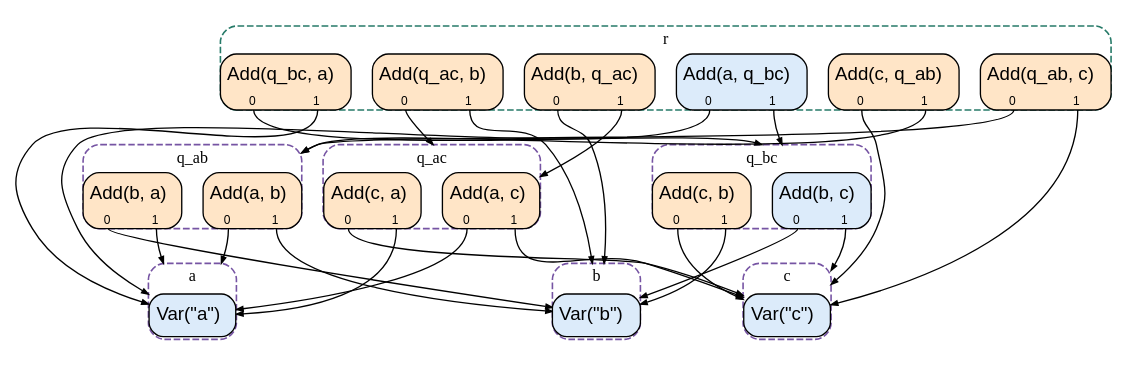
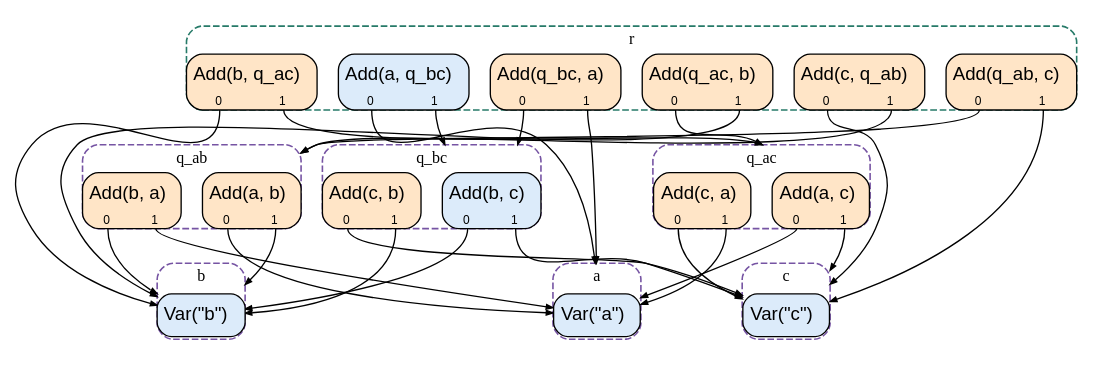
Before and after one commit to MilkBlock/fractal_egraph: the diagram in docs/papers/figures/native/saturated.dot, drawn with Graphviz. The commit also changed other lines of this file and 16 other files, not shown here.

```diff
--- a/docs/papers/figures/native/saturated.dot
+++ b/docs/papers/figures/native/saturated.dot
@@ -1,117 +1,117 @@
 digraph  {
   compound=true
   rank=same
   fontname="Times-Roman"
   fontsize=12
   margin=0.10
   nodesep=0.22
   ranksep=0.65
   bgcolor="white"
   edge[arrowsize=0.5]
   node[shape=none,margin=0,fontname=helvetica]
   outputorder=edgesfirst
   graph[style="dashed,rounded",fontname="Times-Roman"]
-  subgraph "outer_cluster_Math-0" {
-    subgraph "cluster_Math-0" {
-      label="a"; color="#7654A3"; fillcolor="white"; penwidth=1.2;
-      subgraph  {
-        "function-0-Var"[label=<<TABLE BGCOLOR="#DCEBFA" CELLBORDER="0" CELLSPACING="0" CELLPADDING="0" style="rounded"><tr><td BALIGN="left" CELLPADDING="4" WIDTH="30" HEIGHT="30" colspan="1">Var(&quot;a&quot;)</td></tr></TABLE>>,tooltip="Math-0: function-0-Var"]
-      }
-    }
-    style="invis"
-    cluster=true
-  }
-  subgraph "outer_cluster_Math-1" {
-    subgraph "cluster_Math-1" {
-      label="b"; color="#7654A3"; fillcolor="white"; penwidth=1.2;
-      subgraph  {
-        "function-1-Var"[label=<<TABLE BGCOLOR="#DCEBFA" CELLBORDER="0" CELLSPACING="0" CELLPADDING="0" style="rounded"><tr><td BALIGN="left" CELLPADDING="4" WIDTH="30" HEIGHT="30" colspan="1">Var(&quot;b&quot;)</td></tr></TABLE>>,tooltip="Math-1: function-1-Var"]
-      }
-    }
-    style="invis"
-    cluster=true
-  }
-  subgraph "outer_cluster_Math-2" {
-    subgraph "cluster_Math-2" {
-      label="c"; color="#7654A3"; fillcolor="white"; penwidth=1.2;
-      subgraph  {
-        "function-2-Var"[label=<<TABLE BGCOLOR="#DCEBFA" CELLBORDER="0" CELLSPACING="0" CELLPADDING="0" style="rounded"><tr><td BALIGN="left" CELLPADDING="4" WIDTH="30" HEIGHT="30" colspan="1">Var(&quot;c&quot;)</td></tr></TABLE>>,tooltip="Math-2: function-2-Var"]
-      }
-    }
-    style="invis"
-    cluster=true
-  }
-  "function-2-Add":0:s -> "function-0-Var" [lhead="cluster_Math-0"]
-  "function-2-Add":1:s -> "function-1-Var" [lhead="cluster_Math-1"]
-  "function-6-Add":0:s -> "function-1-Var" [lhead="cluster_Math-1"]
-  "function-6-Add":1:s -> "function-0-Var" [lhead="cluster_Math-0"]
-  subgraph "outer_cluster_Math-5" {
-    subgraph "cluster_Math-5" {
-      label="q_ab"; color="#7654A3"; fillcolor="white"; penwidth=1.2;
-      subgraph  {
-        "function-2-Add"[label=<<TABLE BGCOLOR="#FFE5C7" CELLBORDER="0" CELLSPACING="0" CELLPADDING="0" style="rounded"><tr><td BALIGN="left" CELLPADDING="4" WIDTH="30" HEIGHT="30" colspan="2">Add(a, b)</td></tr><TR><TD PORT="0"><FONT POINT-SIZE="9">0</FONT></TD><TD PORT="1"><FONT POINT-SIZE="9">1</FONT></TD></TR></TABLE>>,tooltip="Math-5: function-2-Add"]
-        "function-6-Add"[label=<<TABLE BGCOLOR="#FFE5C7" CELLBORDER="0" CELLSPACING="0" CELLPADDING="0" style="rounded"><tr><td BALIGN="left" CELLPADDING="4" WIDTH="30" HEIGHT="30" colspan="2">Add(b, a)</td></tr><TR><TD PORT="0"><FONT POINT-SIZE="9">0</FONT></TD><TD PORT="1"><FONT POINT-SIZE="9">1</FONT></TD></TR></TABLE>>,tooltip="Math-5: function-6-Add"]
-      }
-    }
-    style="invis"
-    cluster=true
-  }
-  "function-8-Add":0:s -> "function-0-Var" [lhead="cluster_Math-0"]
-  "function-8-Add":1:s -> "function-2-Var" [lhead="cluster_Math-2"]
-  "function-10-Add":0:s -> "function-2-Var" [lhead="cluster_Math-2"]
-  "function-10-Add":1:s -> "function-0-Var" [lhead="cluster_Math-0"]
-  subgraph "outer_cluster_Math-6" {
-    subgraph "cluster_Math-6" {
-      label="q_ac"; color="#7654A3"; fillcolor="white"; penwidth=1.2;
-      subgraph  {
-        "function-8-Add"[label=<<TABLE BGCOLOR="#FFE5C7" CELLBORDER="0" CELLSPACING="0" CELLPADDING="0" style="rounded"><tr><td BALIGN="left" CELLPADDING="4" WIDTH="30" HEIGHT="30" colspan="2">Add(a, c)</td></tr><TR><TD PORT="0"><FONT POINT-SIZE="9">0</FONT></TD><TD PORT="1"><FONT POINT-SIZE="9">1</FONT></TD></TR></TABLE>>,tooltip="Math-6: function-8-Add"]
-        "function-10-Add"[label=<<TABLE BGCOLOR="#FFE5C7" CELLBORDER="0" CELLSPACING="0" CELLPADDING="0" style="rounded"><tr><td BALIGN="left" CELLPADDING="4" WIDTH="30" HEIGHT="30" colspan="2">Add(c, a)</td></tr><TR><TD PORT="0"><FONT POINT-SIZE="9">0</FONT></TD><TD PORT="1"><FONT POINT-SIZE="9">1</FONT></TD></TR></TABLE>>,tooltip="Math-6: function-10-Add"]
-      }
-    }
-    style="invis"
-    cluster=true
-  }
   "function-0-Add":0:s -> "function-1-Var" [lhead="cluster_Math-1"]
   "function-0-Add":1:s -> "function-2-Var" [lhead="cluster_Math-2"]
   "function-4-Add":0:s -> "function-2-Var" [lhead="cluster_Math-2"]
   "function-4-Add":1:s -> "function-1-Var" [lhead="cluster_Math-1"]
   subgraph "outer_cluster_Math-3" {
     subgraph "cluster_Math-3" {
       label="q_bc"; color="#7654A3"; fillcolor="white"; penwidth=1.2;
       subgraph  {
         "function-0-Add"[label=<<TABLE BGCOLOR="#DCEBFA" CELLBORDER="0" CELLSPACING="0" CELLPADDING="0" style="rounded"><tr><td BALIGN="left" CELLPADDING="4" WIDTH="30" HEIGHT="30" colspan="2">Add(b, c)</td></tr><TR><TD PORT="0"><FONT POINT-SIZE="9">0</FONT></TD><TD PORT="1"><FONT POINT-SIZE="9">1</FONT></TD></TR></TABLE>>,tooltip="Math-3: function-0-Add"]
         "function-4-Add"[label=<<TABLE BGCOLOR="#FFE5C7" CELLBORDER="0" CELLSPACING="0" CELLPADDING="0" style="rounded"><tr><td BALIGN="left" CELLPADDING="4" WIDTH="30" HEIGHT="30" colspan="2">Add(c, b)</td></tr><TR><TD PORT="0"><FONT POINT-SIZE="9">0</FONT></TD><TD PORT="1"><FONT POINT-SIZE="9">1</FONT></TD></TR></TABLE>>,tooltip="Math-3: function-4-Add"]
       }
     }
     style="invis"
     cluster=true
   }
   "function-1-Add":0:s -> "function-0-Var" [lhead="cluster_Math-0"]
   "function-1-Add":1:s -> "function-0-Add" [lhead="cluster_Math-3"]
   "function-3-Add":0:s -> "function-2-Add" [lhead="cluster_Math-5"]
   "function-3-Add":1:s -> "function-2-Var" [lhead="cluster_Math-2"]
   "function-5-Add":0:s -> "function-0-Add" [lhead="cluster_Math-3"]
   "function-5-Add":1:s -> "function-0-Var" [lhead="cluster_Math-0"]
   "function-7-Add":0:s -> "function-2-Var" [lhead="cluster_Math-2"]
   "function-7-Add":1:s -> "function-2-Add" [lhead="cluster_Math-5"]
   "function-9-Add":0:s -> "function-8-Add" [lhead="cluster_Math-6"]
   "function-9-Add":1:s -> "function-1-Var" [lhead="cluster_Math-1"]
   "function-11-Add":0:s -> "function-1-Var" [lhead="cluster_Math-1"]
   "function-11-Add":1:s -> "function-8-Add" [lhead="cluster_Math-6"]
   subgraph "outer_cluster_Math-4" {
     subgraph "cluster_Math-4" {
       label="r"; color="#267A68"; fillcolor="white"; penwidth=1.2;
       subgraph  {
         "function-1-Add"[label=<<TABLE BGCOLOR="#DCEBFA" CELLBORDER="0" CELLSPACING="0" CELLPADDING="0" style="rounded"><tr><td BALIGN="left" CELLPADDING="4" WIDTH="30" HEIGHT="30" colspan="2">Add(a, q_bc)</td></tr><TR><TD PORT="0"><FONT POINT-SIZE="9">0</FONT></TD><TD PORT="1"><FONT POINT-SIZE="9">1</FONT></TD></TR></TABLE>>,tooltip="Math-4: function-1-Add"]
         "function-3-Add"[label=<<TABLE BGCOLOR="#FFE5C7" CELLBORDER="0" CELLSPACING="0" CELLPADDING="0" style="rounded"><tr><td BALIGN="left" CELLPADDING="4" WIDTH="30" HEIGHT="30" colspan="2">Add(q_ab, c)</td></tr><TR><TD PORT="0"><FONT POINT-SIZE="9">0</FONT></TD><TD PORT="1"><FONT POINT-SIZE="9">1</FONT></TD></TR></TABLE>>,tooltip="Math-4: function-3-Add"]
         "function-5-Add"[label=<<TABLE BGCOLOR="#FFE5C7" CELLBORDER="0" CELLSPACING="0" CELLPADDING="0" style="rounded"><tr><td BALIGN="left" CELLPADDING="4" WIDTH="30" HEIGHT="30" colspan="2">Add(q_bc, a)</td></tr><TR><TD PORT="0"><FONT POINT-SIZE="9">0</FONT></TD><TD PORT="1"><FONT POINT-SIZE="9">1</FONT></TD></TR></TABLE>>,tooltip="Math-4: function-5-Add"]
         "function-7-Add"[label=<<TABLE BGCOLOR="#FFE5C7" CELLBORDER="0" CELLSPACING="0" CELLPADDING="0" style="rounded"><tr><td BALIGN="left" CELLPADDING="4" WIDTH="30" HEIGHT="30" colspan="2">Add(c, q_ab)</td></tr><TR><TD PORT="0"><FONT POINT-SIZE="9">0</FONT></TD><TD PORT="1"><FONT POINT-SIZE="9">1</FONT></TD></TR></TABLE>>,tooltip="Math-4: function-7-Add"]
         "function-9-Add"[label=<<TABLE BGCOLOR="#FFE5C7" CELLBORDER="0" CELLSPACING="0" CELLPADDING="0" style="rounded"><tr><td BALIGN="left" CELLPADDING="4" WIDTH="30" HEIGHT="30" colspan="2">Add(q_ac, b)</td></tr><TR><TD PORT="0"><FONT POINT-SIZE="9">0</FONT></TD><TD PORT="1"><FONT POINT-SIZE="9">1</FONT></TD></TR></TABLE>>,tooltip="Math-4: function-9-Add"]
         "function-11-Add"[label=<<TABLE BGCOLOR="#FFE5C7" CELLBORDER="0" CELLSPACING="0" CELLPADDING="0" style="rounded"><tr><td BALIGN="left" CELLPADDING="4" WIDTH="30" HEIGHT="30" colspan="2">Add(b, q_ac)</td></tr><TR><TD PORT="0"><FONT POINT-SIZE="9">0</FONT></TD><TD PORT="1"><FONT POINT-SIZE="9">1</FONT></TD></TR></TABLE>>,tooltip="Math-4: function-11-Add"]
       }
     }
     style="invis"
     cluster=true
   }
+  "function-2-Add":0:s -> "function-0-Var" [lhead="cluster_Math-0"]
+  "function-2-Add":1:s -> "function-1-Var" [lhead="cluster_Math-1"]
+  "function-6-Add":0:s -> "function-1-Var" [lhead="cluster_Math-1"]
+  "function-6-Add":1:s -> "function-0-Var" [lhead="cluster_Math-0"]
+  subgraph "outer_cluster_Math-5" {
+    subgraph "cluster_Math-5" {
+      label="q_ab"; color="#7654A3"; fillcolor="white"; penwidth=1.2;
+      subgraph  {
+        "function-2-Add"[label=<<TABLE BGCOLOR="#FFE5C7" CELLBORDER="0" CELLSPACING="0" CELLPADDING="0" style="rounded"><tr><td BALIGN="left" CELLPADDING="4" WIDTH="30" HEIGHT="30" colspan="2">Add(a, b)</td></tr><TR><TD PORT="0"><FONT POINT-SIZE="9">0</FONT></TD><TD PORT="1"><FONT POINT-SIZE="9">1</FONT></TD></TR></TABLE>>,tooltip="Math-5: function-2-Add"]
+        "function-6-Add"[label=<<TABLE BGCOLOR="#FFE5C7" CELLBORDER="0" CELLSPACING="0" CELLPADDING="0" style="rounded"><tr><td BALIGN="left" CELLPADDING="4" WIDTH="30" HEIGHT="30" colspan="2">Add(b, a)</td></tr><TR><TD PORT="0"><FONT POINT-SIZE="9">0</FONT></TD><TD PORT="1"><FONT POINT-SIZE="9">1</FONT></TD></TR></TABLE>>,tooltip="Math-5: function-6-Add"]
+      }
+    }
+    style="invis"
+    cluster=true
+  }
+  "function-8-Add":0:s -> "function-0-Var" [lhead="cluster_Math-0"]
+  "function-8-Add":1:s -> "function-2-Var" [lhead="cluster_Math-2"]
+  "function-10-Add":0:s -> "function-2-Var" [lhead="cluster_Math-2"]
+  "function-10-Add":1:s -> "function-0-Var" [lhead="cluster_Math-0"]
+  subgraph "outer_cluster_Math-6" {
+    subgraph "cluster_Math-6" {
+      label="q_ac"; color="#7654A3"; fillcolor="white"; penwidth=1.2;
+      subgraph  {
+        "function-8-Add"[label=<<TABLE BGCOLOR="#FFE5C7" CELLBORDER="0" CELLSPACING="0" CELLPADDING="0" style="rounded"><tr><td BALIGN="left" CELLPADDING="4" WIDTH="30" HEIGHT="30" colspan="2">Add(a, c)</td></tr><TR><TD PORT="0"><FONT POINT-SIZE="9">0</FONT></TD><TD PORT="1"><FONT POINT-SIZE="9">1</FONT></TD></TR></TABLE>>,tooltip="Math-6: function-8-Add"]
+        "function-10-Add"[label=<<TABLE BGCOLOR="#FFE5C7" CELLBORDER="0" CELLSPACING="0" CELLPADDING="0" style="rounded"><tr><td BALIGN="left" CELLPADDING="4" WIDTH="30" HEIGHT="30" colspan="2">Add(c, a)</td></tr><TR><TD PORT="0"><FONT POINT-SIZE="9">0</FONT></TD><TD PORT="1"><FONT POINT-SIZE="9">1</FONT></TD></TR></TABLE>>,tooltip="Math-6: function-10-Add"]
+      }
+    }
+    style="invis"
+    cluster=true
+  }
+  subgraph "outer_cluster_Math-1" {
+    subgraph "cluster_Math-1" {
+      label="b"; color="#7654A3"; fillcolor="white"; penwidth=1.2;
+      subgraph  {
+        "function-1-Var"[label=<<TABLE BGCOLOR="#DCEBFA" CELLBORDER="0" CELLSPACING="0" CELLPADDING="0" style="rounded"><tr><td BALIGN="left" CELLPADDING="4" WIDTH="30" HEIGHT="30" colspan="1">Var(&quot;b&quot;)</td></tr></TABLE>>,tooltip="Math-1: function-1-Var"]
+      }
+    }
+    style="invis"
+    cluster=true
+  }
+  subgraph "outer_cluster_Math-0" {
+    subgraph "cluster_Math-0" {
+      label="a"; color="#7654A3"; fillcolor="white"; penwidth=1.2;
+      subgraph  {
+        "function-0-Var"[label=<<TABLE BGCOLOR="#DCEBFA" CELLBORDER="0" CELLSPACING="0" CELLPADDING="0" style="rounded"><tr><td BALIGN="left" CELLPADDING="4" WIDTH="30" HEIGHT="30" colspan="1">Var(&quot;a&quot;)</td></tr></TABLE>>,tooltip="Math-0: function-0-Var"]
+      }
+    }
+    style="invis"
+    cluster=true
+  }
+  subgraph "outer_cluster_Math-2" {
+    subgraph "cluster_Math-2" {
+      label="c"; color="#7654A3"; fillcolor="white"; penwidth=1.2;
+      subgraph  {
+        "function-2-Var"[label=<<TABLE BGCOLOR="#DCEBFA" CELLBORDER="0" CELLSPACING="0" CELLPADDING="0" style="rounded"><tr><td BALIGN="left" CELLPADDING="4" WIDTH="30" HEIGHT="30" colspan="1">Var(&quot;c&quot;)</td></tr></TABLE>>,tooltip="Math-2: function-2-Var"]
+      }
+    }
+    style="invis"
+    cluster=true
+  }
   margin=0
 }
```
